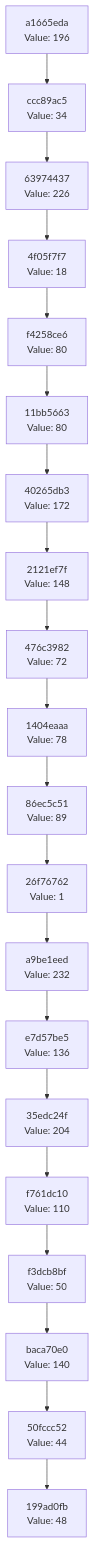
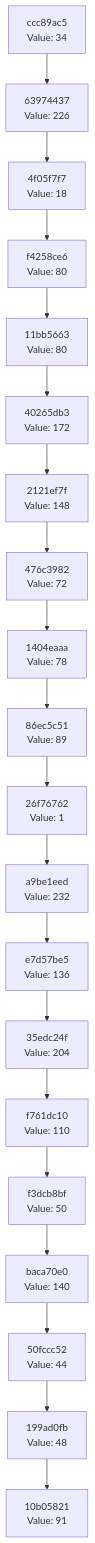
One commit to Abhisheksinha1506/hash-chain-evolver changed the diagram in docs/CHAIN_VISUALIZATION.md. Above: the diagram before and after it, drawn with Mermaid. The commit also changed 3 other files, not shown here.

````diff
--- a/docs/CHAIN_VISUALIZATION.md
+++ b/docs/CHAIN_VISUALIZATION.md
@@ -3,42 +3,42 @@
 ```mermaid
 graph TD
-    C0["199ad0fb<br/>Value: 48"]
-    C1["50fccc52<br/>Value: 44"]
+    C0["10b05821<br/>Value: 91"]
+    C1["199ad0fb<br/>Value: 48"]
     C1 --> C0
-    C2["baca70e0<br/>Value: 140"]
+    C2["50fccc52<br/>Value: 44"]
     C2 --> C1
-    C3["f3dcb8bf<br/>Value: 50"]
+    C3["baca70e0<br/>Value: 140"]
     C3 --> C2
-    C4["f761dc10<br/>Value: 110"]
+    C4["f3dcb8bf<br/>Value: 50"]
     C4 --> C3
-    C5["35edc24f<br/>Value: 204"]
+    C5["f761dc10<br/>Value: 110"]
     C5 --> C4
-    C6["e7d57be5<br/>Value: 136"]
+    C6["35edc24f<br/>Value: 204"]
     C6 --> C5
-    C7["a9be1eed<br/>Value: 232"]
+    C7["e7d57be5<br/>Value: 136"]
     C7 --> C6
-    C8["26f76762<br/>Value: 1"]
+    C8["a9be1eed<br/>Value: 232"]
     C8 --> C7
-    C9["86ec5c51<br/>Value: 89"]
+    C9["26f76762<br/>Value: 1"]
     C9 --> C8
-    C10["1404eaaa<br/>Value: 78"]
+    C10["86ec5c51<br/>Value: 89"]
     C10 --> C9
-    C11["476c3982<br/>Value: 72"]
+    C11["1404eaaa<br/>Value: 78"]
     C11 --> C10
-    C12["2121ef7f<br/>Value: 148"]
+    C12["476c3982<br/>Value: 72"]
     C12 --> C11
-    C13["40265db3<br/>Value: 172"]
+    C13["2121ef7f<br/>Value: 148"]
     C13 --> C12
-    C14["11bb5663<br/>Value: 80"]
+    C14["40265db3<br/>Value: 172"]
     C14 --> C13
-    C15["f4258ce6<br/>Value: 80"]
+    C15["11bb5663<br/>Value: 80"]
     C15 --> C14
-    C16["4f05f7f7<br/>Value: 18"]
+    C16["f4258ce6<br/>Value: 80"]
     C16 --> C15
-    C17["63974437<br/>Value: 226"]
+    C17["4f05f7f7<br/>Value: 18"]
     C17 --> C16
-    C18["ccc89ac5<br/>Value: 34"]
+    C18["63974437<br/>Value: 226"]
     C18 --> C17
-    C19["a1665eda<br/>Value: 196"]
+    C19["ccc89ac5<br/>Value: 34"]
     C19 --> C18
 ```
````
